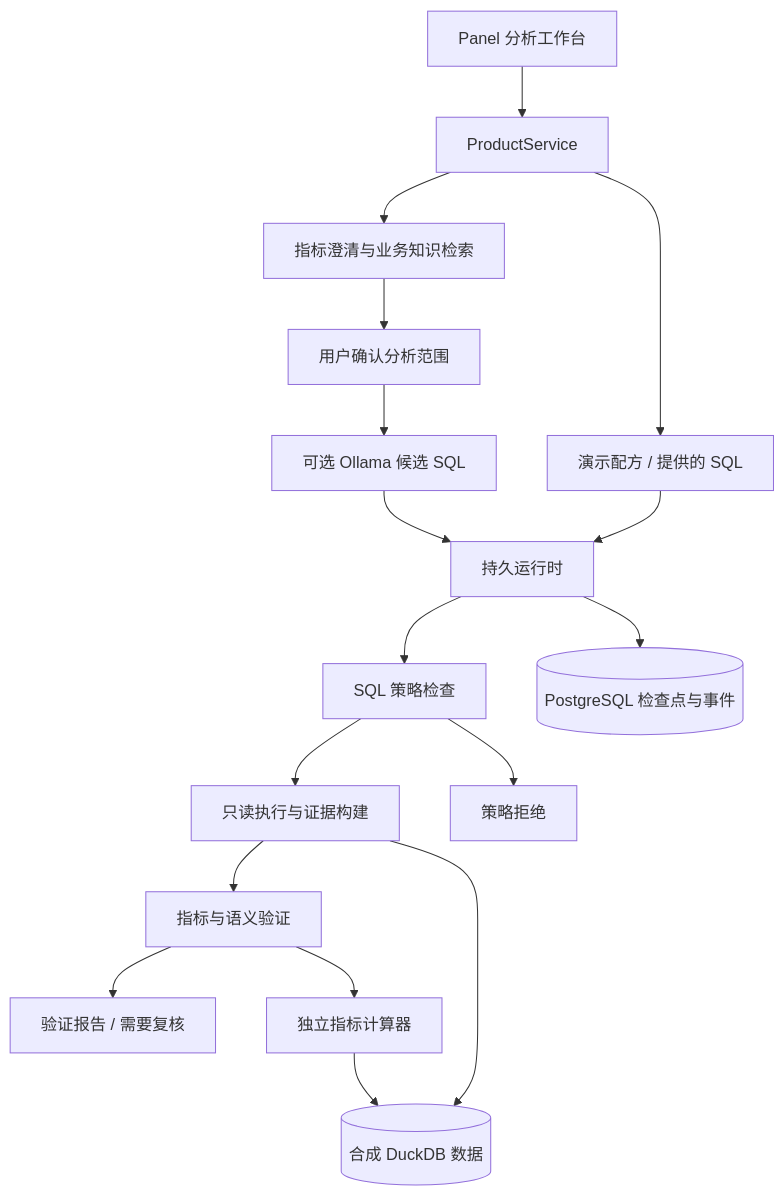
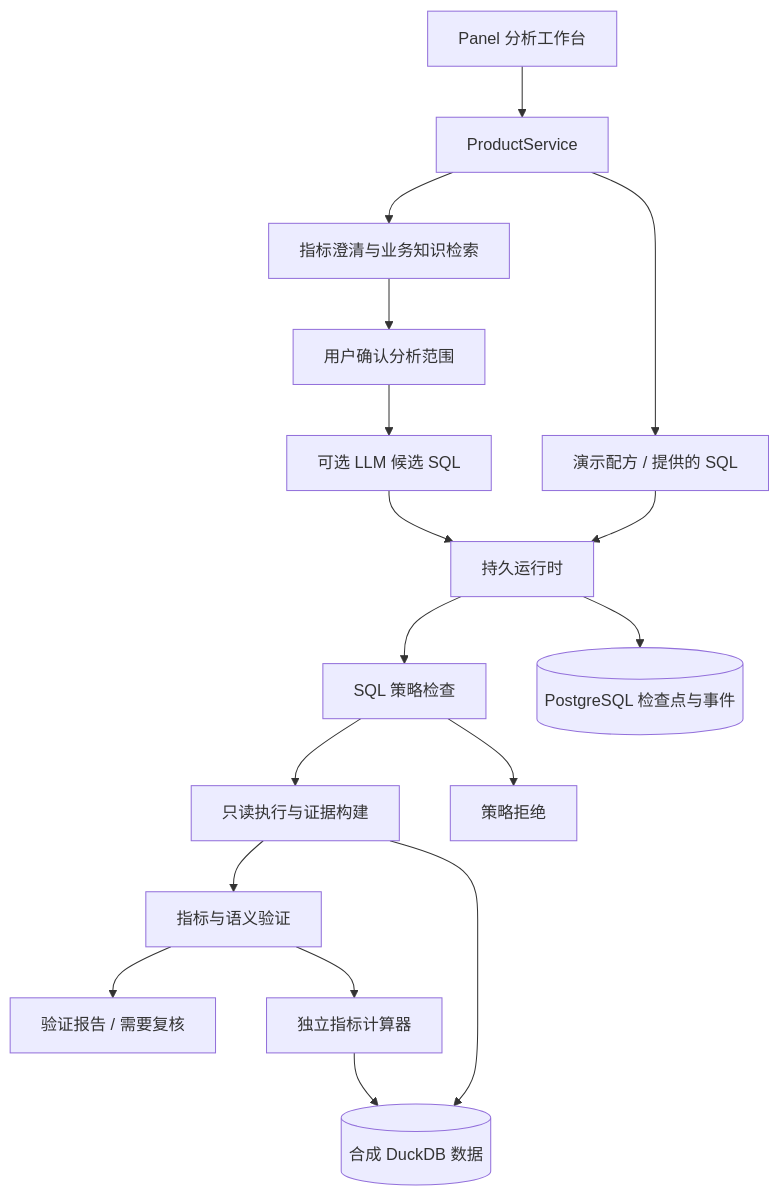
Before and after one commit to ck-alpha/Opslens: the diagram in README.md, drawn with Mermaid. The commit also changed other lines of this file, not shown here.

Commit message:
Update SQL generation method in README

````diff
--- a/README.md
+++ b/README.md
@@ -15,19 +15,19 @@
 ```mermaid
 flowchart TD
     UI[Panel 分析工作台] --> S[ProductService]
     S --> C[指标澄清与业务知识检索]
     C --> I[用户确认分析范围]
-    I --> L[可选 Ollama 候选 SQL]
+    I --> L[可选 LLM 候选 SQL]
     S --> D[演示配方 / 提供的 SQL]
     L --> R[持久运行时]
     D --> R
     R --> G[SQL 策略检查]
     G --> X[只读执行与证据构建]
     X --> V[指标与语义验证]
     V --> O[验证报告 / 需要复核]
     G --> B[策略拒绝]
     R --> PG[(PostgreSQL 检查点与事件)]
     X --> DB[(合成 DuckDB 数据)]
     V --> Q[独立指标计算器]
     Q --> DB
 ```
````
